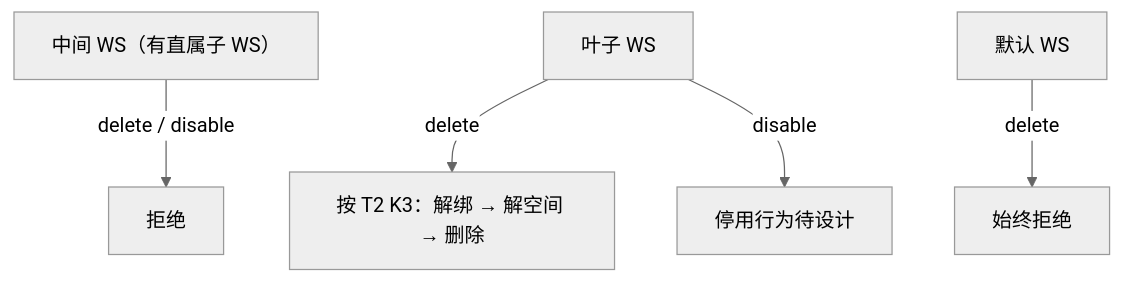
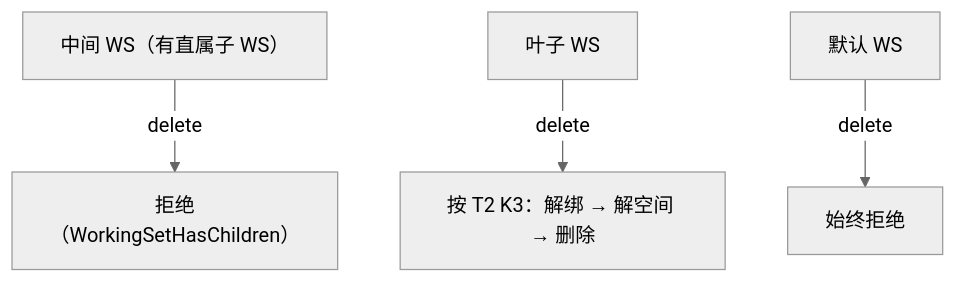
Before and after one commit to Greytrack/ddd-workingset: the fourth of 4 diagrams in docs/working-set/diagrams/working-set-lineage.md, drawn with Mermaid (neutral theme). The commit also changed other lines of this file and 30 other files, not shown here.

````diff
--- a/docs/working-set/diagrams/working-set-lineage.md
+++ b/docs/working-set/diagrams/working-set-lineage.md
@@ -62,7 +62,6 @@
 ```mermaid
 flowchart TD
-    M["中间 WS（有直属子 WS）"] -->|"delete / disable"| R["拒绝"]
+    M["中间 WS（有直属子 WS）"] -->|"delete"| R["拒绝（WorkingSetHasChildren）"]
     L["叶子 WS"] -->|"delete"| D["按 T2 K3：解绑 → 解空间 → 删除"]
-    L -->|"disable"| P["停用行为待设计"]
     Root["默认 WS"] -->|"delete"| RR["始终拒绝"]
 ```
````
